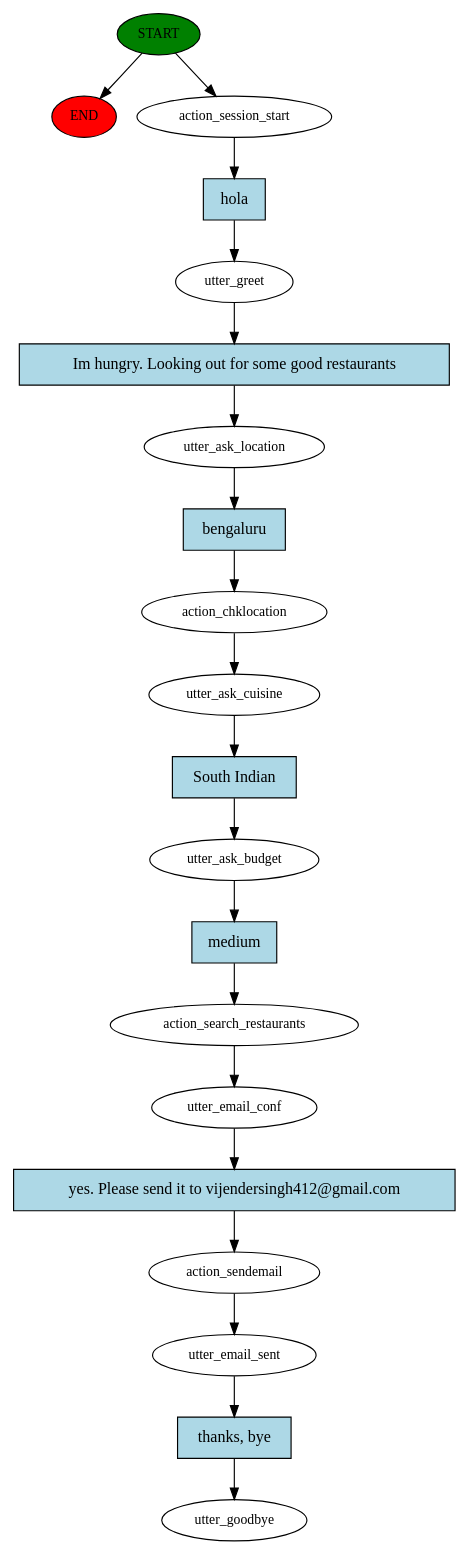
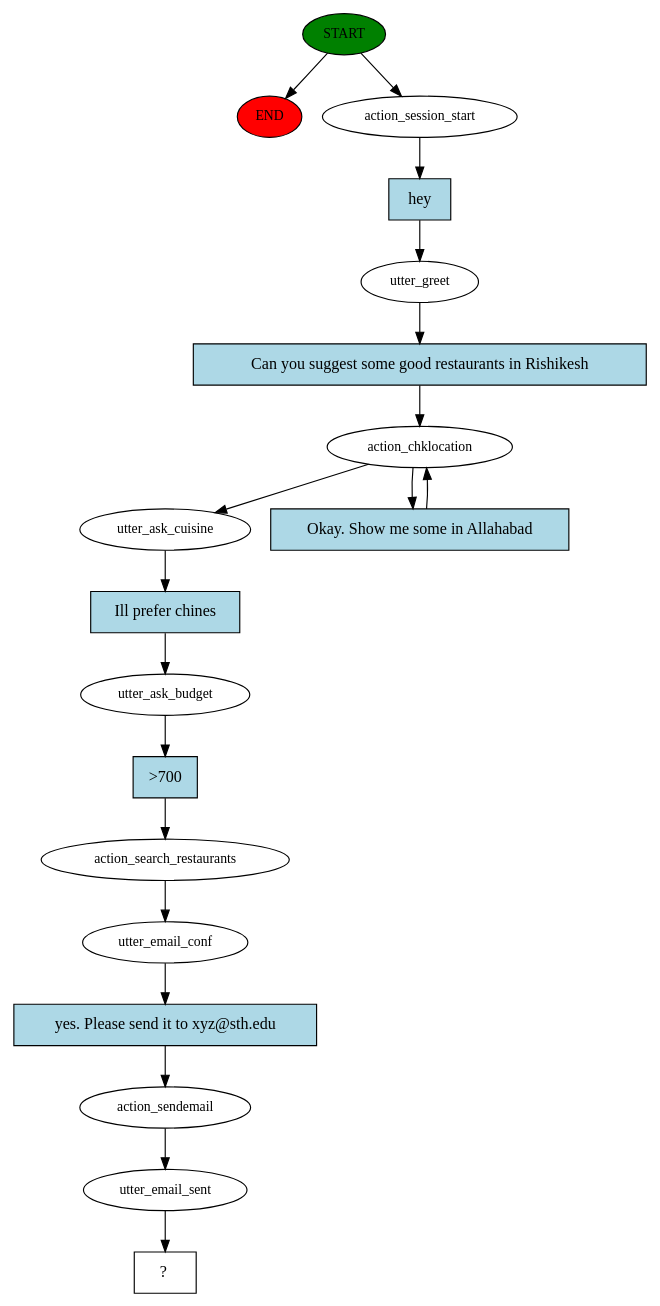
The diagram in story_graph.dot (vijender412/Foodie_rasa_2.0), drawn with Graphviz before and after one commit. The commit also changed 16 other files, not shown here.

```diff
--- a/story_graph.dot
+++ b/story_graph.dot
@@ -1,41 +1,38 @@
 digraph  {
 0 [class="start active", fillcolor=green, fontsize=12, label=START, style=filled];
 "-1" [class=end, fillcolor=red, fontsize=12, label=END, style=filled];
 1 [class=active, fontsize=12, label=action_session_start];
 2 [class=active, fontsize=12, label=utter_greet];
-3 [class=active, fontsize=12, label=utter_ask_location];
-4 [class=active, fontsize=12, label=action_chklocation];
+3 [class=active, fontsize=12, label=action_chklocation];
 5 [class=active, fontsize=12, label=utter_ask_cuisine];
 6 [class=active, fontsize=12, label=utter_ask_budget];
 7 [class=active, fontsize=12, label=action_search_restaurants];
 8 [class=active, fontsize=12, label=utter_email_conf];
 9 [class=active, fontsize=12, label=action_sendemail];
 10 [class=active, fontsize=12, label=utter_email_sent];
-11 [class="dashed active", fontsize=12, label=utter_goodbye];
-12 [class="intent active", fillcolor=lightblue, label=hola, shape=rect, style=filled];
-13 [class="intent active", fillcolor=lightblue, label="Im hungry. Looking out for some good restaurants", shape=rect, style=filled];
-14 [class="intent active", fillcolor=lightblue, label=bengaluru, shape=rect, style=filled];
-15 [class="intent active", fillcolor=lightblue, label="South Indian", shape=rect, style=filled];
-16 [class="intent active", fillcolor=lightblue, label=medium, shape=rect, style=filled];
-17 [class="intent active", fillcolor=lightblue, label="yes. Please send it to vijendersingh412@gmail.com", shape=rect, style=filled];
-18 [class="intent active", fillcolor=lightblue, label="thanks, bye", shape=rect, style=filled];
+11 [class="intent dashed active", label="  ?  ", shape=rect];
+12 [class="intent active", fillcolor=lightblue, label=hey, shape=rect, style=filled];
+13 [class="intent active", fillcolor=lightblue, label="Can you suggest some good restaurants in Rishikesh", shape=rect, style=filled];
+14 [class="intent active", fillcolor=lightblue, label="Okay. Show me some in Allahabad", shape=rect, style=filled];
+15 [class="intent active", fillcolor=lightblue, label="Ill prefer chines", shape=rect, style=filled];
+16 [class="intent active", fillcolor=lightblue, label=">700", shape=rect, style=filled];
+17 [class="intent active", fillcolor=lightblue, label="yes. Please send it to xyz@sth.edu", shape=rect, style=filled];
 0 -> "-1"  [class="", key=NONE, label=""];
 0 -> 1  [class=active, key=NONE, label=""];
 1 -> 12  [class=active, key=0];
 2 -> 13  [class=active, key=0];
+3 -> 5  [class=active, key=NONE, label=""];
 3 -> 14  [class=active, key=0];
-4 -> 5  [class=active, key=NONE, label=""];
 5 -> 15  [class=active, key=0];
 6 -> 16  [class=active, key=0];
 7 -> 8  [class=active, key=NONE, label=""];
 8 -> 17  [class=active, key=0];
 9 -> 10  [class=active, key=NONE, label=""];
-10 -> 18  [class=active, key=0];
+10 -> 11  [class=active, key=NONE, label=""];
 12 -> 2  [class=active, key=0];
 13 -> 3  [class=active, key=0];
-14 -> 4  [class=active, key=0];
+14 -> 3  [class=active, key=0];
 15 -> 6  [class=active, key=0];
 16 -> 7  [class=active, key=0];
 17 -> 9  [class=active, key=0];
-18 -> 11  [class=active, key=0];
 }
```
